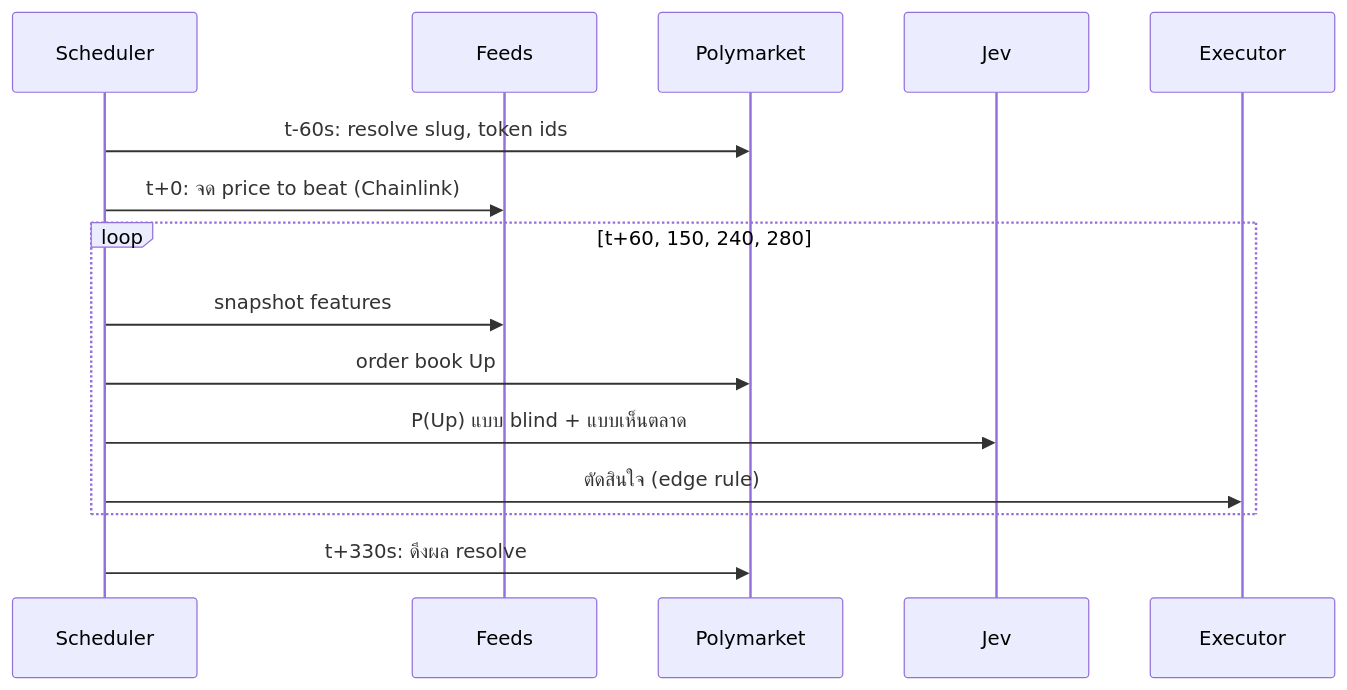
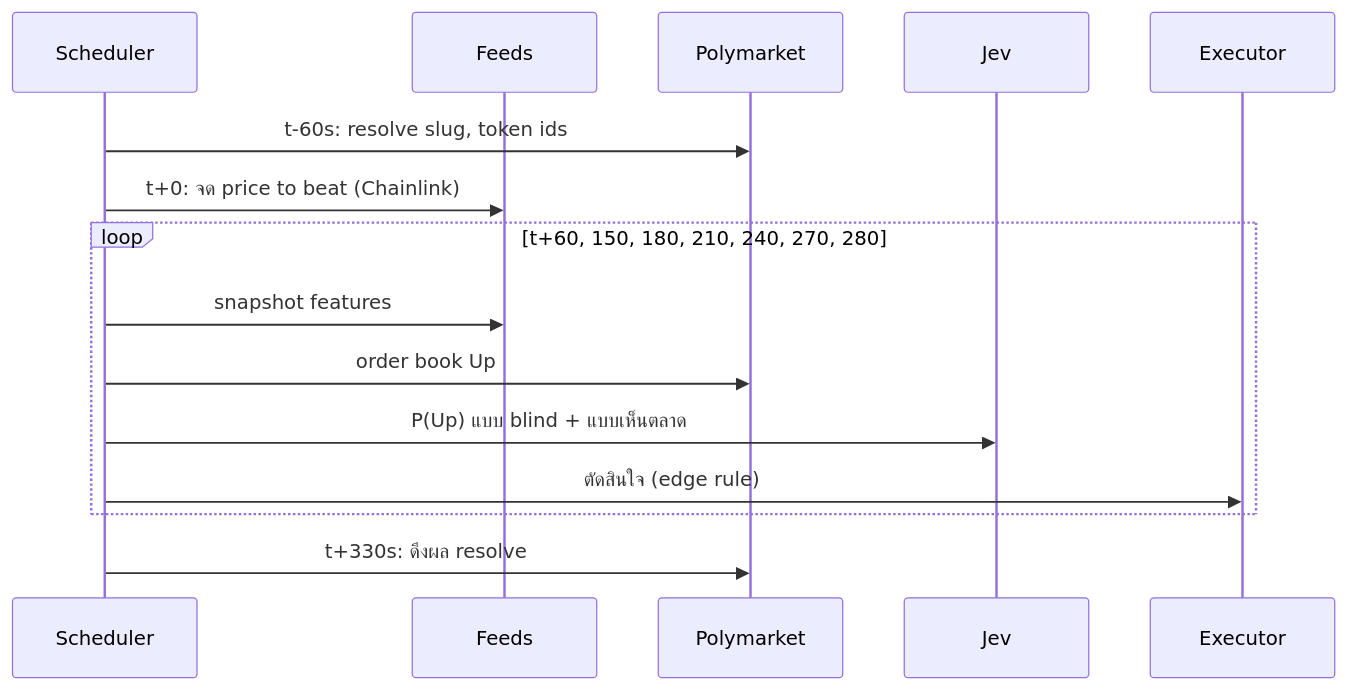
One commit to rudo-onchain/pmjev changed the second of 2 diagrams in docs/spec.md. Above: the diagram before and after it, drawn with Mermaid. The commit also changed other lines of this file and 21 other files, not shown here.

````diff
--- a/docs/spec.md
+++ b/docs/spec.md
@@ -154,17 +157,17 @@
 ```mermaid
 sequenceDiagram
   participant S as Scheduler
   participant F as Feeds
   participant M as Polymarket
   participant J as Jev
   participant X as Executor
   S->>M: t-60s: resolve slug, token ids
   S->>F: t+0: จด price to beat (Chainlink)
-  loop t+60, 150, 240, 280
+  loop t+60, 150, 180, 210, 240, 270, 280
     S->>F: snapshot features
     S->>M: order book Up
     S->>J: P(Up) แบบ blind + แบบเห็นตลาด
     S->>X: ตัดสินใจ (edge rule)
   end
   S->>M: t+330s: ดึงผล resolve
 ```
````
